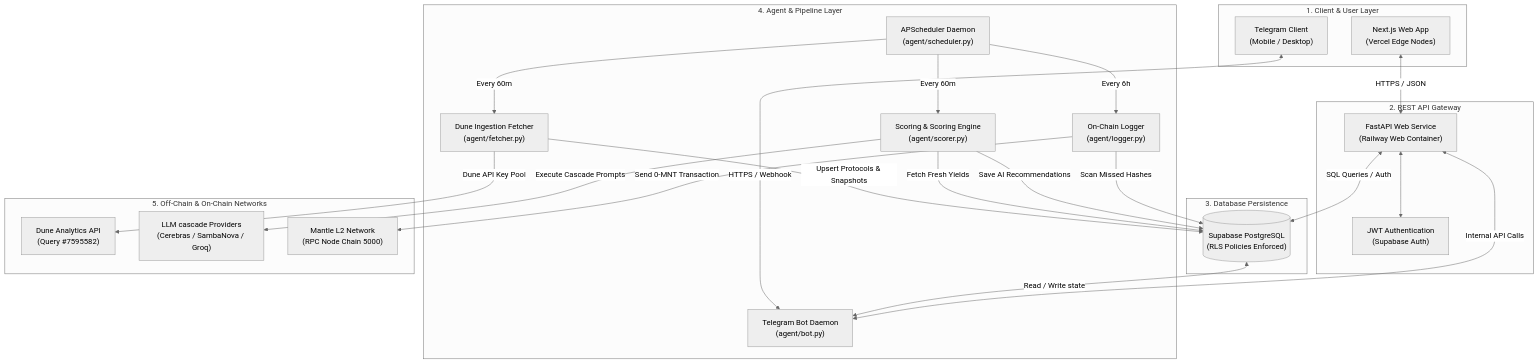
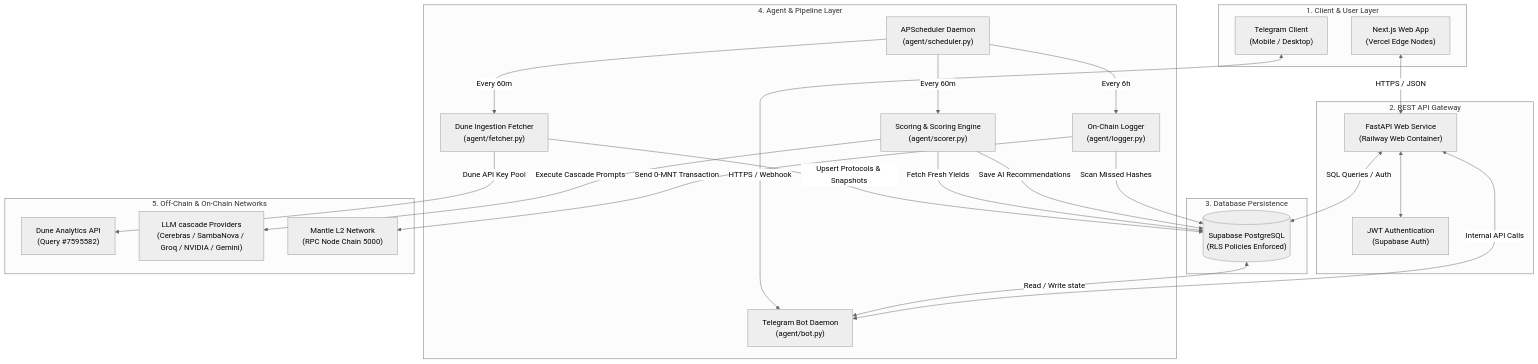
One commit to joshuatochinwachi/Yield-Sage changed the first of 4 diagrams in docs/system_architecture.md. Above: the diagram before and after it, drawn with Mermaid (neutral theme). The commit also changed 5 other files, not shown here.

````diff
--- a/docs/system_architecture.md
+++ b/docs/system_architecture.md
@@ -15,56 +15,56 @@
 ```mermaid
 graph TB
     subgraph ClientLayer ["1. Client & User Layer"]
         NextJS["Next.js Web App\n(Vercel Edge Nodes)"]
         TGUser["Telegram Client\n(Mobile / Desktop)"]
     end
 
     subgraph GatewayLayer ["2. REST API Gateway"]
         FastAPI["FastAPI Web Service\n(Railway Web Container)"]
         JWTAuth["JWT Authentication\n(Supabase Auth)"]
         FastAPI <--> JWTAuth
     end
 
     subgraph DatabaseLayer ["3. Database Persistence"]
         DB[("Supabase PostgreSQL\n(RLS Policies Enforced)")]
     end
 
     subgraph AgentLayer ["4. Agent & Pipeline Layer"]
         Fetcher["Dune Ingestion Fetcher\n(agent/fetcher.py)"]
         Scorer["Scoring & Scoring Engine\n(agent/scorer.py)"]
         OnChainLogger["On-Chain Logger\n(agent/logger.py)"]
         TGBot["Telegram Bot Daemon\n(agent/bot.py)"]
         Scheduler["APScheduler Daemon\n(agent/scheduler.py)"]
     end
 
     subgraph ExternalServices ["5. Off-Chain & On-Chain Networks"]
         Dune["Dune Analytics API\n(Query #7595582)"]
-        AICascade["LLM cascade Providers\n(Cerebras / SambaNova / Groq)"]
+        AICascade["LLM cascade Providers\n(Cerebras / SambaNova / Groq / NVIDIA / Gemini)"]
         Mantle["Mantle L2 Network\n(RPC Node Chain 5000)"]
     end
 
     %% Client Interactions
     NextJS <-->|HTTPS / JSON| FastAPI
     TGUser <-->|HTTPS / Webhook| TGBot
     TGBot <-->|Internal API Calls| FastAPI
 
     %% Gateway to Database
     FastAPI <-->|SQL Queries / Auth| DB
 
     %% Agent Interactions
     Scheduler -->|Every 60m| Fetcher
     Scheduler -->|Every 60m| Scorer
     Scheduler -->|Every 6h| OnChainLogger
 
     Fetcher -->|Dune API Key Pool| Dune
     Fetcher -->|Upsert Protocols & Snapshots| DB
 
     Scorer -->|Fetch Fresh Yields| DB
     Scorer -->|Execute Cascade Prompts| AICascade
     Scorer -->|Save AI Recommendations| DB
 
     OnChainLogger -->|Scan Missed Hashes| DB
     OnChainLogger -->|Send 0-MNT Transaction| Mantle
     
     DB <-->|Read / Write state| TGBot
 ```
````
